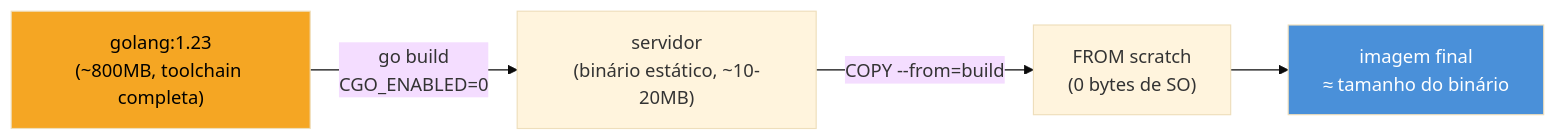
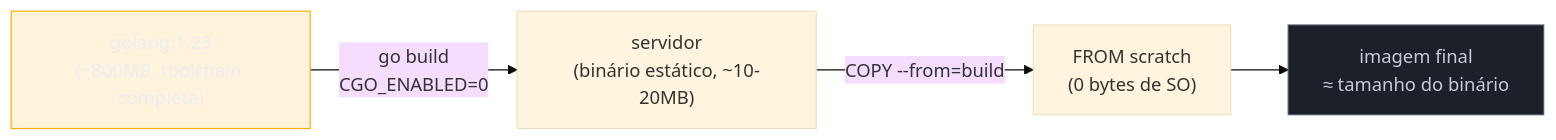
The second of 2 diagrams in 03-Dominios/Tecnologia/Go/18 - Cloud-native e produção/01 - O binário estático.md (josenaldo/codex-technomanticus), drawn with Mermaid (base theme) before and after one commit. The commit also changed other lines of this file and 1181 other files, not shown here.

First line of the commit message:
fix(diagramas): paleta do sistema no lugar de cor cravada no markdown

````diff
--- a/03-Dominios/Tecnologia/Go/18 - Cloud-native e produção/01 - O binário estático.md
+++ b/03-Dominios/Tecnologia/Go/18 - Cloud-native e produção/01 - O binário estático.md
@@ -119,9 +121,11 @@
 ```mermaid
 flowchart LR
+    classDef destaque fill:#FFAA0024,stroke:#FFAA00,color:#E9ECF2
+    classDef neutro fill:#1B2029,stroke:#4E5666,color:#C6CCD8
     A["golang:1.23\n(~800MB, toolchain completa)"] -->|"go build\nCGO_ENABLED=0"| B["servidor\n(binário estático, ~10-20MB)"]
     B -->|"COPY --from=build"| C["FROM scratch\n(0 bytes de SO)"]
     C --> D["imagem final\n≈ tamanho do binário"]
 
-    style A fill:#F5A623,color:#000
-    style D fill:#4A90D9,color:#fff
+    class A destaque
+    class D neutro
 ```
````
